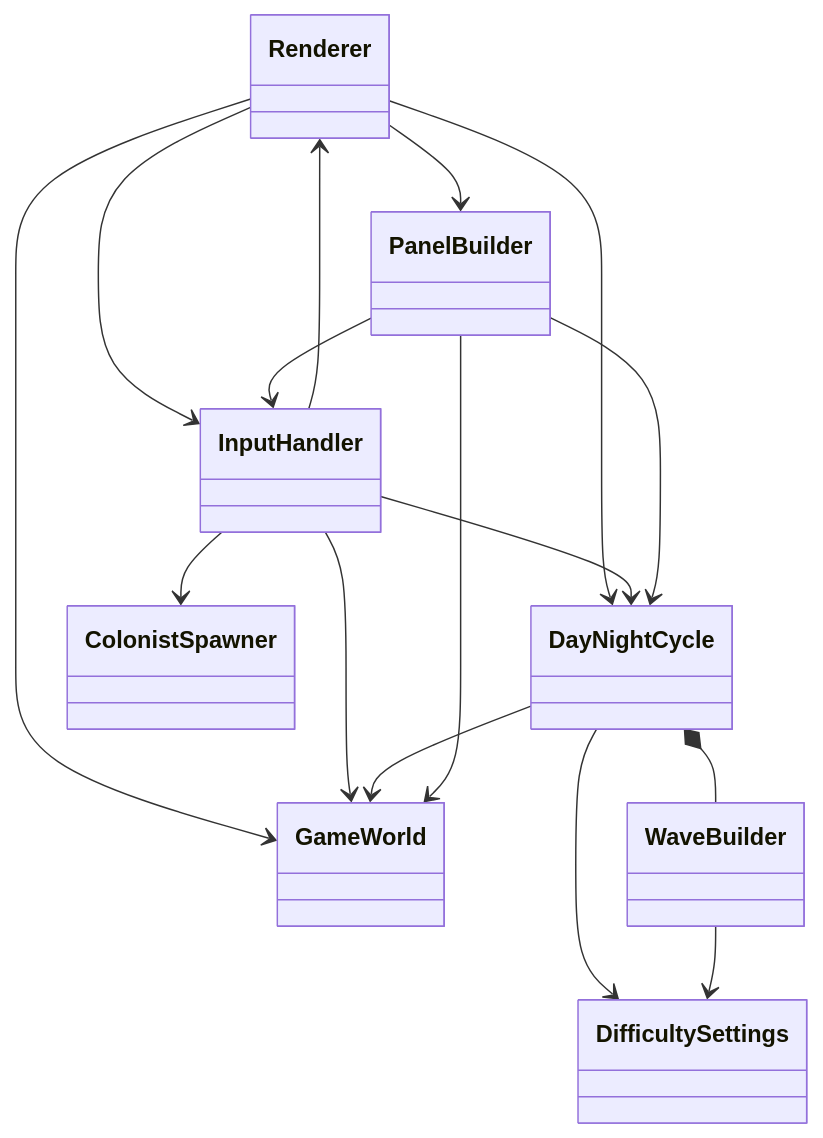
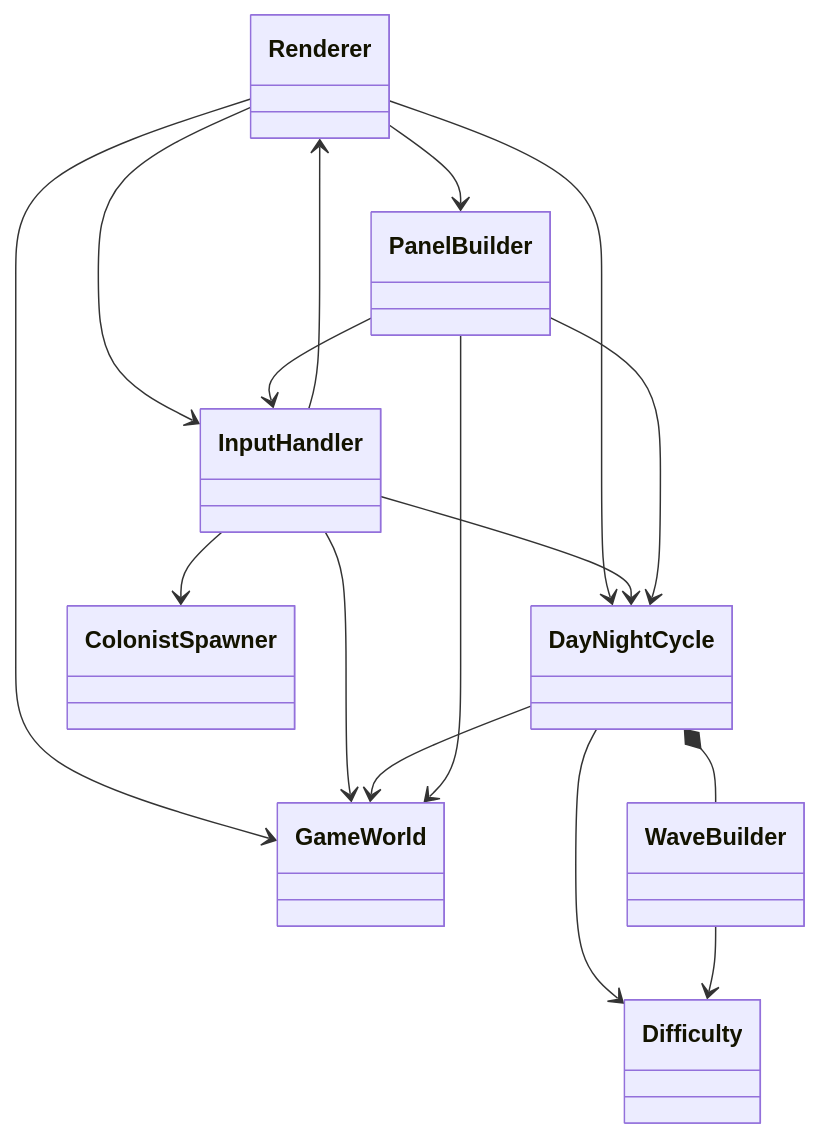
One commit to weweweme/teamnova_basic_class changed diagram 11 of 18 in week6/CLAUDE.md. Above: the diagram before and after it, drawn with Mermaid. The commit also changed other lines of this file and 6 other files, not shown here.

````diff
--- a/week6/CLAUDE.md
+++ b/week6/CLAUDE.md
@@ -409,22 +409,22 @@
 ```mermaid
 classDiagram
     Renderer --> GameWorld
     Renderer --> PanelBuilder
     Renderer --> DayNightCycle
     Renderer --> InputHandler
 
     InputHandler --> GameWorld
     InputHandler --> Renderer
     InputHandler --> DayNightCycle
     InputHandler --> ColonistSpawner
 
     DayNightCycle --> GameWorld
     DayNightCycle *-- WaveBuilder
-    DayNightCycle --> DifficultySettings
+    DayNightCycle --> Difficulty
 
     PanelBuilder --> GameWorld
     PanelBuilder --> InputHandler
     PanelBuilder --> DayNightCycle
 
-    WaveBuilder --> DifficultySettings
+    WaveBuilder --> Difficulty
 ```
````
